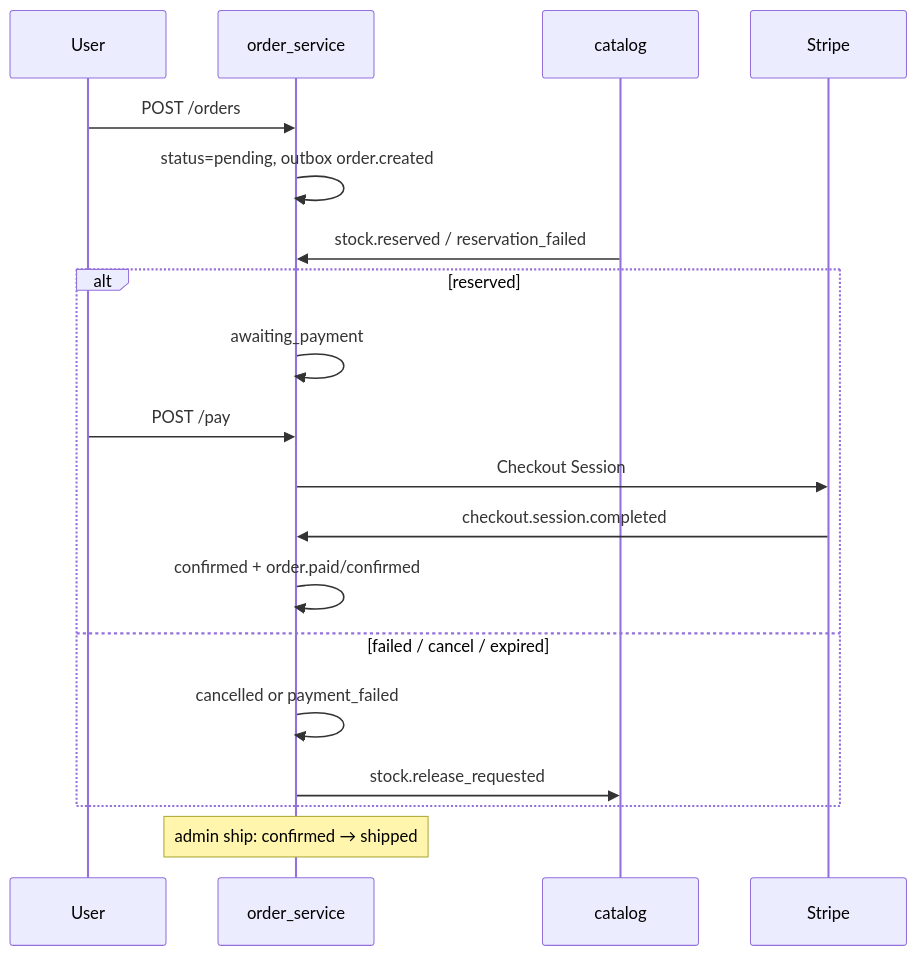
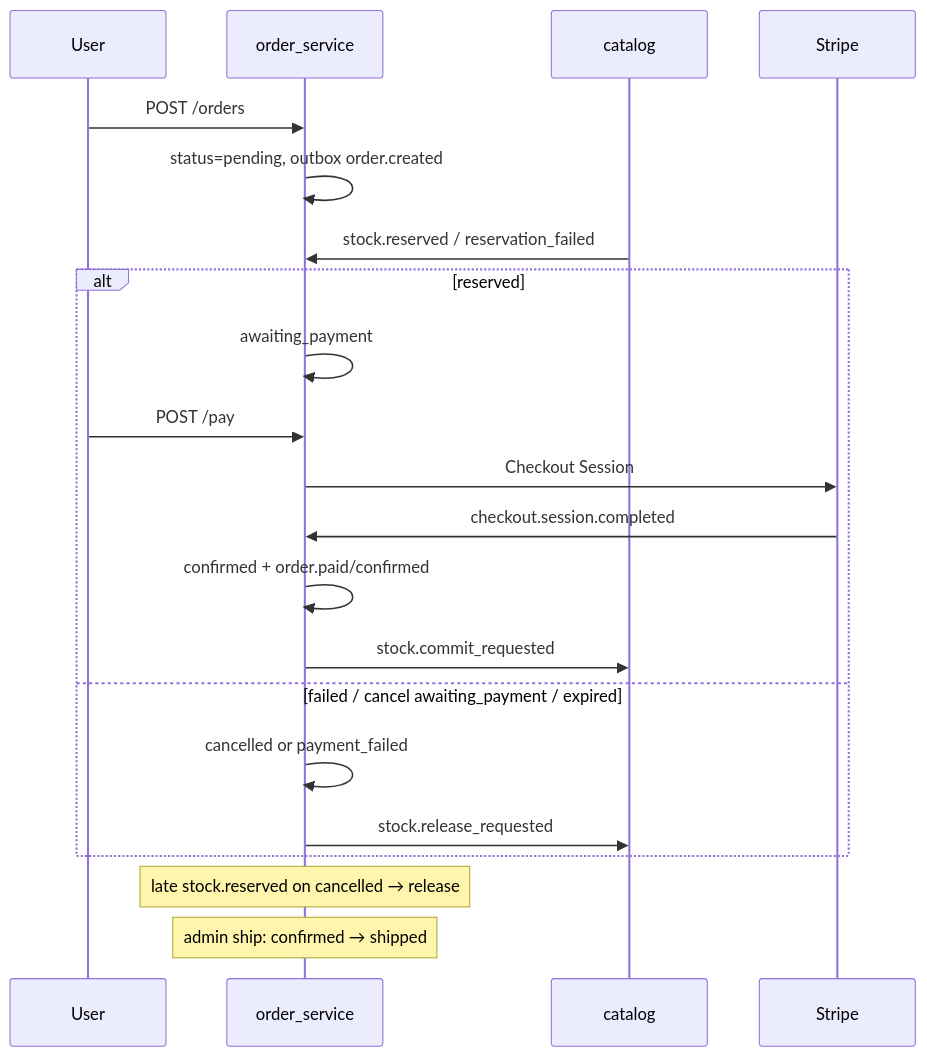
The second of 2 diagrams in order_service/README.md (ff1nk1/e_commerce_platform), drawn with Mermaid before and after one commit. The commit also changed other lines of this file and 23 other files, not shown here.

````diff
--- a/order_service/README.md
+++ b/order_service/README.md
@@ -86,22 +86,24 @@
 ```mermaid
 sequenceDiagram
   participant U as User
   participant O as order_service
   participant C as catalog
   participant S as Stripe
 
   U->>O: POST /orders
   O->>O: status=pending, outbox order.created
   C->>O: stock.reserved / reservation_failed
   alt reserved
     O->>O: awaiting_payment
     U->>O: POST /pay
     O->>S: Checkout Session
     S->>O: checkout.session.completed
     O->>O: confirmed + order.paid/confirmed
-  else failed / cancel / expired
+    O->>C: stock.commit_requested
+  else failed / cancel awaiting_payment / expired
     O->>O: cancelled or payment_failed
     O->>C: stock.release_requested
   end
+  Note over O: late stock.reserved on cancelled → release
   Note over O: admin ship: confirmed → shipped
 ```
````
